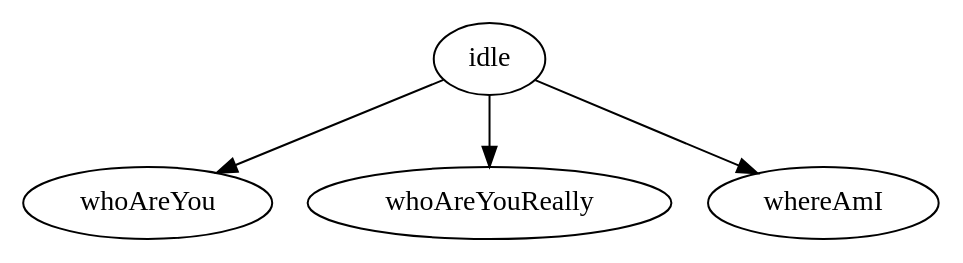
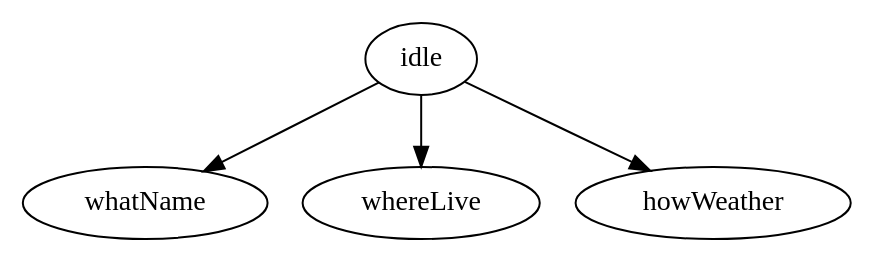
Before and after one commit to maelys-mcardle/adventure: the seventh of 8 diagrams in documentation/4_entities.md, drawn with Graphviz. The commit also changed other lines of this file and 2 other files, not shown here.

````diff
--- a/documentation/4_entities.md
+++ b/documentation/4_entities.md
@@ -516,7 +568,7 @@
 ```dot
 digraph conversation {
-    idle -> whoAreYou
-    idle -> whoAreYouReally
-    idle -> whereAmI
+    idle -> whatName
+    idle -> whereLive
+    idle -> howWeather
 }
 ```
````
